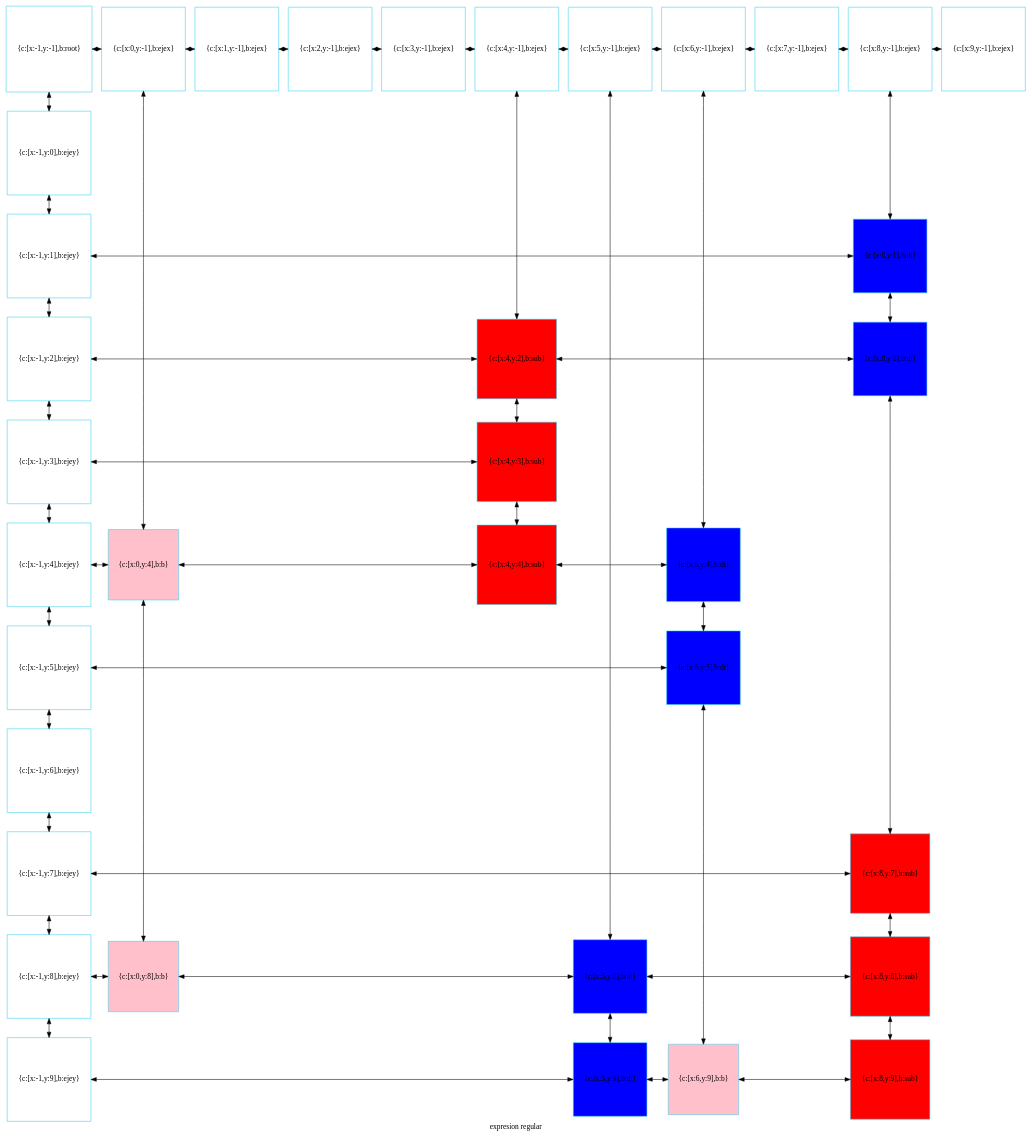
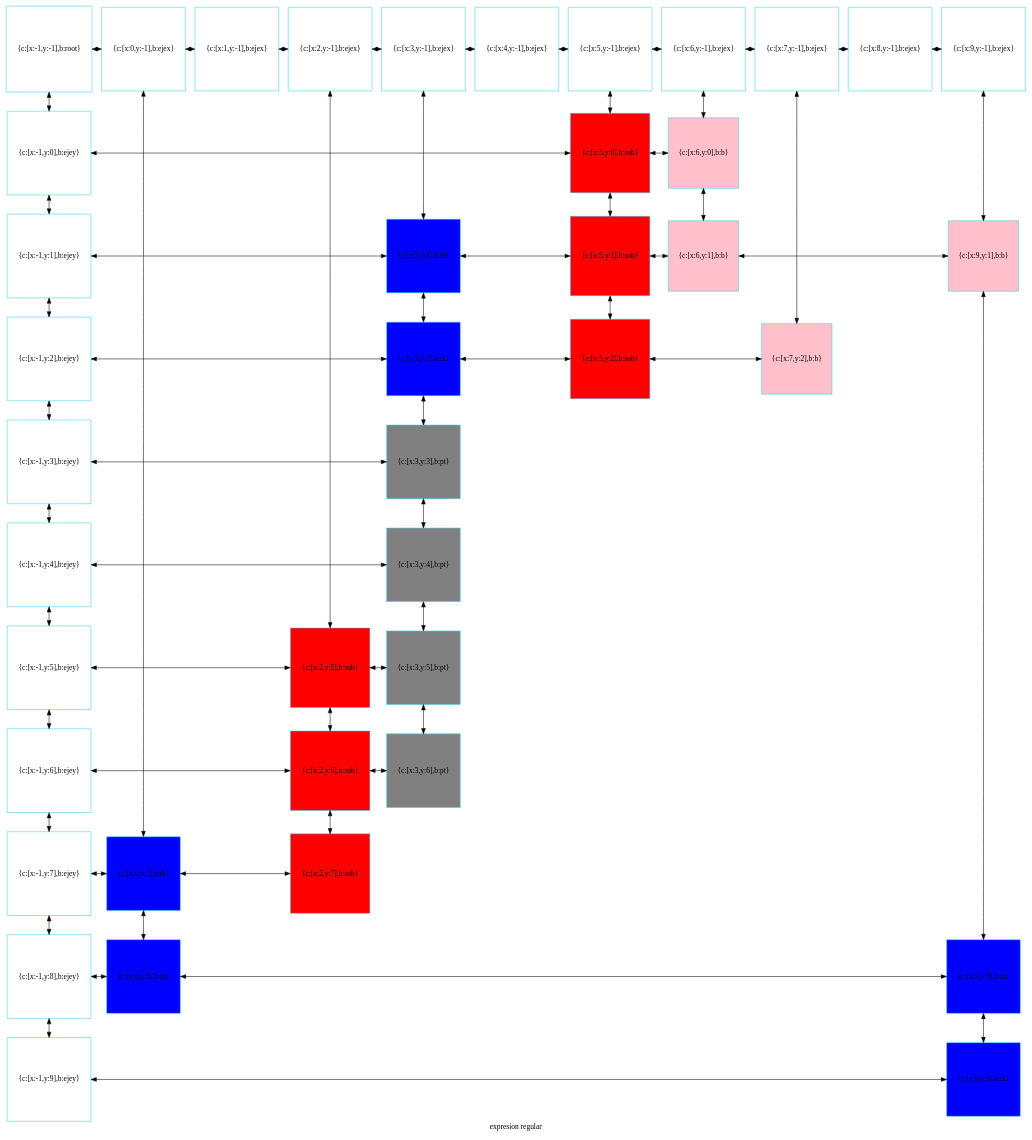
Before and after one commit to betebetoven/EDDS2F2: the diagram in mitablero.dot, drawn with Graphviz. The commit also changed 21 other files, not shown here.

```diff
--- a/mitablero.dot
+++ b/mitablero.dot
@@ -1,106 +1,121 @@
 digraph G
 {label="expresion regular"
         node[shape = square]
         node[style = filled]
         node[fillcolor = "#EEEEE"]
         node[color = "#EEEEE"]
         node[color = "#31CEF0"]
 
-1075654617360[label="{c:[x:-1,y:-1],b:root}",fillcolor = "white"]
-1075654617504[label="{c:[x:0,y:-1],b:ejex}",fillcolor = "white"]
-1075654617648[label="{c:[x:1,y:-1],b:ejex}",fillcolor = "white"]
-1075654617792[label="{c:[x:2,y:-1],b:ejex}",fillcolor = "white"]
-1075654617936[label="{c:[x:3,y:-1],b:ejex}",fillcolor = "white"]
-1075654618080[label="{c:[x:4,y:-1],b:ejex}",fillcolor = "white"]
-1075654618224[label="{c:[x:5,y:-1],b:ejex}",fillcolor = "white"]
-1075654618368[label="{c:[x:6,y:-1],b:ejex}",fillcolor = "white"]
-1075654618512[label="{c:[x:7,y:-1],b:ejex}",fillcolor = "white"]
-1075654618656[label="{c:[x:8,y:-1],b:ejex}",fillcolor = "white"]
-1075654618800[label="{c:[x:9,y:-1],b:ejex}",fillcolor = "white"]
-1075654618944[label="{c:[x:-1,y:0],b:ejey}",fillcolor = "white"]
-1075654619088[label="{c:[x:-1,y:1],b:ejey}",fillcolor = "white"]
-1075654644400[label="{c:[x:8,y:1],b:dt}",fillcolor = "blue"]
-1075654631584[label="{c:[x:-1,y:2],b:ejey}",fillcolor = "white"]
-1075654634128[label="{c:[x:4,y:2],b:sub}",fillcolor = "red"]
-1075654644736[label="{c:[x:8,y:2],b:dt}",fillcolor = "blue"]
-1075654631728[label="{c:[x:-1,y:3],b:ejey}",fillcolor = "white"]
-1075654634464[label="{c:[x:4,y:3],b:sub}",fillcolor = "red"]
-1075654631872[label="{c:[x:-1,y:4],b:ejey}",fillcolor = "white"]
-1075654646800[label="{c:[x:0,y:4],b:b}",fillcolor = "pink"]
-1075654634800[label="{c:[x:4,y:4],b:sub}",fillcolor = "red"]
-1075654645744[label="{c:[x:6,y:4],b:dt}",fillcolor = "blue"]
-1075654632016[label="{c:[x:-1,y:5],b:ejey}",fillcolor = "white"]
-1075654646080[label="{c:[x:6,y:5],b:dt}",fillcolor = "blue"]
-1075654632160[label="{c:[x:-1,y:6],b:ejey}",fillcolor = "white"]
-1075654632304[label="{c:[x:-1,y:7],b:ejey}",fillcolor = "white"]
-1075654635376[label="{c:[x:8,y:7],b:sub}",fillcolor = "red"]
-1075654632448[label="{c:[x:-1,y:8],b:ejey}",fillcolor = "white"]
-1075654646416[label="{c:[x:0,y:8],b:b}",fillcolor = "pink"]
-1075654645408[label="{c:[x:5,y:8],b:dt}",fillcolor = "blue"]
-1075654635232[label="{c:[x:8,y:8],b:sub}",fillcolor = "red"]
-1075654632592[label="{c:[x:-1,y:9],b:ejey}",fillcolor = "white"]
-1075654645168[label="{c:[x:5,y:9],b:dt}",fillcolor = "blue"]
-1075654647424[label="{c:[x:6,y:9],b:b}",fillcolor = "pink"]
-1075654644064[label="{c:[x:8,y:9],b:sub}",fillcolor = "red"]
-1075654617360->1075654618944[dir = both];
-1075654618944->1075654619088[dir = both];
-1075654619088->1075654631584[dir = both];
-1075654631584->1075654631728[dir = both];
-1075654631728->1075654631872[dir = both];
-1075654631872->1075654632016[dir = both];
-1075654632016->1075654632160[dir = both];
-1075654632160->1075654632304[dir = both];
-1075654632304->1075654632448[dir = both];
-1075654632448->1075654632592[dir = both];
-1075654617504->1075654646800[dir = both];
-1075654646800->1075654646416[dir = both];
-1075654618080->1075654634128[dir = both];
-1075654634128->1075654634464[dir = both];
-1075654634464->1075654634800[dir = both];
-1075654618224->1075654645408[dir = both];
-1075654645408->1075654645168[dir = both];
-1075654618368->1075654645744[dir = both];
-1075654645744->1075654646080[dir = both];
-1075654646080->1075654647424[dir = both];
-1075654618656->1075654644400[dir = both];
-1075654644400->1075654644736[dir = both];
-1075654644736->1075654635376[dir = both];
-1075654635376->1075654635232[dir = both];
-1075654635232->1075654644064[dir = both];
-1075654617360->1075654617504[dir = both];
-1075654617504->1075654617648[dir = both];
-1075654617648->1075654617792[dir = both];
-1075654617792->1075654617936[dir = both];
-1075654617936->1075654618080[dir = both];
-1075654618080->1075654618224[dir = both];
-1075654618224->1075654618368[dir = both];
-1075654618368->1075654618512[dir = both];
-1075654618512->1075654618656[dir = both];
-1075654618656->1075654618800[dir = both];
-1075654619088->1075654644400[constraint=false,dir = both];
-1075654631584->1075654634128[constraint=false,dir = both];
-1075654634128->1075654644736[constraint=false,dir = both];
-1075654631728->1075654634464[constraint=false,dir = both];
-1075654631872->1075654646800[constraint=false,dir = both];
-1075654646800->1075654634800[constraint=false,dir = both];
-1075654634800->1075654645744[constraint=false,dir = both];
-1075654632016->1075654646080[constraint=false,dir = both];
-1075654632304->1075654635376[constraint=false,dir = both];
-1075654632448->1075654646416[constraint=false,dir = both];
-1075654646416->1075654645408[constraint=false,dir = both];
-1075654645408->1075654635232[constraint=false,dir = both];
-1075654632592->1075654645168[constraint=false,dir = both];
-1075654645168->1075654647424[constraint=false,dir = both];
-1075654647424->1075654644064[constraint=false,dir = both];
- {rank=same; 1075654617360;1075654617504;1075654617648;1075654617792;1075654617936;1075654618080;1075654618224;1075654618368;1075654618512;1075654618656;1075654618800;}
- {rank=same; 1075654618944;}
- {rank=same; 1075654619088;1075654644400;}
- {rank=same; 1075654631584;1075654634128;1075654644736;}
- {rank=same; 1075654631728;1075654634464;}
- {rank=same; 1075654631872;1075654646800;1075654634800;1075654645744;}
- {rank=same; 1075654632016;1075654646080;}
- {rank=same; 1075654632160;}
- {rank=same; 1075654632304;1075654635376;}
- {rank=same; 1075654632448;1075654646416;1075654645408;1075654635232;}
- {rank=same; 1075654632592;1075654645168;1075654647424;1075654644064;}
+101351543136[label="{c:[x:-1,y:-1],b:root}",fillcolor = "white"]
+101351543280[label="{c:[x:0,y:-1],b:ejex}",fillcolor = "white"]
+101351543424[label="{c:[x:1,y:-1],b:ejex}",fillcolor = "white"]
+101351543568[label="{c:[x:2,y:-1],b:ejex}",fillcolor = "white"]
+101351543712[label="{c:[x:3,y:-1],b:ejex}",fillcolor = "white"]
+101351543856[label="{c:[x:4,y:-1],b:ejex}",fillcolor = "white"]
+101351544000[label="{c:[x:5,y:-1],b:ejex}",fillcolor = "white"]
+101351544144[label="{c:[x:6,y:-1],b:ejex}",fillcolor = "white"]
+101351544288[label="{c:[x:7,y:-1],b:ejex}",fillcolor = "white"]
+101351544432[label="{c:[x:8,y:-1],b:ejex}",fillcolor = "white"]
+101351544576[label="{c:[x:9,y:-1],b:ejex}",fillcolor = "white"]
+101351544720[label="{c:[x:-1,y:0],b:ejey}",fillcolor = "white"]
+101351561008[label="{c:[x:5,y:0],b:sub}",fillcolor = "red"]
+101351568528[label="{c:[x:6,y:0],b:b}",fillcolor = "pink"]
+101351544864[label="{c:[x:-1,y:1],b:ejey}",fillcolor = "white"]
+101351563024[label="{c:[x:3,y:1],b:dt}",fillcolor = "blue"]
+101351561344[label="{c:[x:5,y:1],b:sub}",fillcolor = "red"]
+101351568912[label="{c:[x:6,y:1],b:b}",fillcolor = "pink"]
+101351568576[label="{c:[x:9,y:1],b:b}",fillcolor = "pink"]
+101351545008[label="{c:[x:-1,y:2],b:ejey}",fillcolor = "white"]
+101351562784[label="{c:[x:3,y:2],b:dt}",fillcolor = "blue"]
+101351561680[label="{c:[x:5,y:2],b:sub}",fillcolor = "red"]
+101351568192[label="{c:[x:7,y:2],b:b}",fillcolor = "pink"]
+101351545152[label="{c:[x:-1,y:3],b:ejey}",fillcolor = "white"]
+101351546304[label="{c:[x:3,y:3],b:pt}",fillcolor = "gray"]
+101351545296[label="{c:[x:-1,y:4],b:ejey}",fillcolor = "white"]
+101351546640[label="{c:[x:3,y:4],b:pt}",fillcolor = "gray"]
+101351545440[label="{c:[x:-1,y:5],b:ejey}",fillcolor = "white"]
+101351560000[label="{c:[x:2,y:5],b:sub}",fillcolor = "red"]
+101351559328[label="{c:[x:3,y:5],b:pt}",fillcolor = "gray"]
+101351545584[label="{c:[x:-1,y:6],b:ejey}",fillcolor = "white"]
+101351560336[label="{c:[x:2,y:6],b:sub}",fillcolor = "red"]
+101351559664[label="{c:[x:3,y:6],b:pt}",fillcolor = "gray"]
+101351545728[label="{c:[x:-1,y:7],b:ejey}",fillcolor = "white"]
+101351567520[label="{c:[x:0,y:7],b:dt}",fillcolor = "blue"]
+101351560672[label="{c:[x:2,y:7],b:sub}",fillcolor = "red"]
+101351545872[label="{c:[x:-1,y:8],b:ejey}",fillcolor = "white"]
+101351567856[label="{c:[x:0,y:8],b:dt}",fillcolor = "blue"]
+101351562352[label="{c:[x:9,y:8],b:dt}",fillcolor = "blue"]
+101351546016[label="{c:[x:-1,y:9],b:ejey}",fillcolor = "white"]
+101351562112[label="{c:[x:9,y:9],b:dt}",fillcolor = "blue"]
+101351543136->101351544720[dir = both];
+101351544720->101351544864[dir = both];
+101351544864->101351545008[dir = both];
+101351545008->101351545152[dir = both];
+101351545152->101351545296[dir = both];
+101351545296->101351545440[dir = both];
+101351545440->101351545584[dir = both];
+101351545584->101351545728[dir = both];
+101351545728->101351545872[dir = both];
+101351545872->101351546016[dir = both];
+101351543280->101351567520[dir = both];
+101351567520->101351567856[dir = both];
+101351543568->101351560000[dir = both];
+101351560000->101351560336[dir = both];
+101351560336->101351560672[dir = both];
+101351543712->101351563024[dir = both];
+101351563024->101351562784[dir = both];
+101351562784->101351546304[dir = both];
+101351546304->101351546640[dir = both];
+101351546640->101351559328[dir = both];
+101351559328->101351559664[dir = both];
+101351544000->101351561008[dir = both];
+101351561008->101351561344[dir = both];
+101351561344->101351561680[dir = both];
+101351544144->101351568528[dir = both];
+101351568528->101351568912[dir = both];
+101351544288->101351568192[dir = both];
+101351544576->101351568576[dir = both];
+101351568576->101351562352[dir = both];
+101351562352->101351562112[dir = both];
+101351543136->101351543280[dir = both];
+101351543280->101351543424[dir = both];
+101351543424->101351543568[dir = both];
+101351543568->101351543712[dir = both];
+101351543712->101351543856[dir = both];
+101351543856->101351544000[dir = both];
+101351544000->101351544144[dir = both];
+101351544144->101351544288[dir = both];
+101351544288->101351544432[dir = both];
+101351544432->101351544576[dir = both];
+101351544720->101351561008[constraint=false,dir = both];
+101351561008->101351568528[constraint=false,dir = both];
+101351544864->101351563024[constraint=false,dir = both];
+101351563024->101351561344[constraint=false,dir = both];
+101351561344->101351568912[constraint=false,dir = both];
+101351568912->101351568576[constraint=false,dir = both];
+101351545008->101351562784[constraint=false,dir = both];
+101351562784->101351561680[constraint=false,dir = both];
+101351561680->101351568192[constraint=false,dir = both];
+101351545152->101351546304[constraint=false,dir = both];
+101351545296->101351546640[constraint=false,dir = both];
+101351545440->101351560000[constraint=false,dir = both];
+101351560000->101351559328[constraint=false,dir = both];
+101351545584->101351560336[constraint=false,dir = both];
+101351560336->101351559664[constraint=false,dir = both];
+101351545728->101351567520[constraint=false,dir = both];
+101351567520->101351560672[constraint=false,dir = both];
+101351545872->101351567856[constraint=false,dir = both];
+101351567856->101351562352[constraint=false,dir = both];
+101351546016->101351562112[constraint=false,dir = both];
+ {rank=same; 101351543136;101351543280;101351543424;101351543568;101351543712;101351543856;101351544000;101351544144;101351544288;101351544432;101351544576;}
+ {rank=same; 101351544720;101351561008;101351568528;}
+ {rank=same; 101351544864;101351563024;101351561344;101351568912;101351568576;}
+ {rank=same; 101351545008;101351562784;101351561680;101351568192;}
+ {rank=same; 101351545152;101351546304;}
+ {rank=same; 101351545296;101351546640;}
+ {rank=same; 101351545440;101351560000;101351559328;}
+ {rank=same; 101351545584;101351560336;101351559664;}
+ {rank=same; 101351545728;101351567520;101351560672;}
+ {rank=same; 101351545872;101351567856;101351562352;}
+ {rank=same; 101351546016;101351562112;}
 }
```
